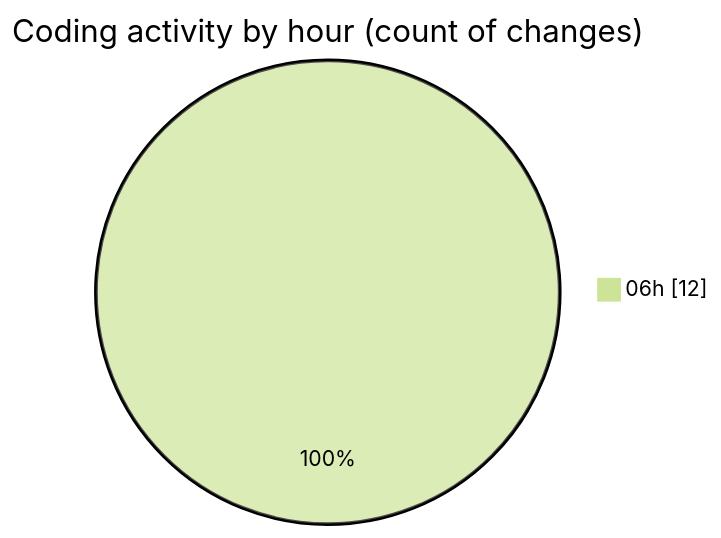
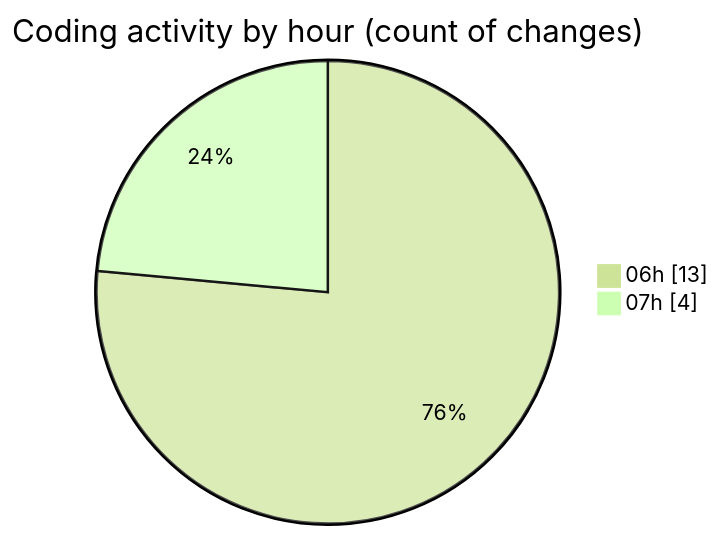
The second of 2 diagrams in 2025-01-21/mbc-web/README.md (robertbonfada/code-tracking), drawn with Mermaid (forest theme) before and after one commit. The commit also changed other lines of this file and 1 other file, not shown here.

````diff
--- a/2025-01-21/mbc-web/README.md
+++ b/2025-01-21/mbc-web/README.md
@@ -33,5 +36,6 @@
 ```mermaid
 pie showData
 title Coding activity by hour (count of changes)
-"06h" : 12
+"06h" : 13
+"07h" : 4
 ```
````
